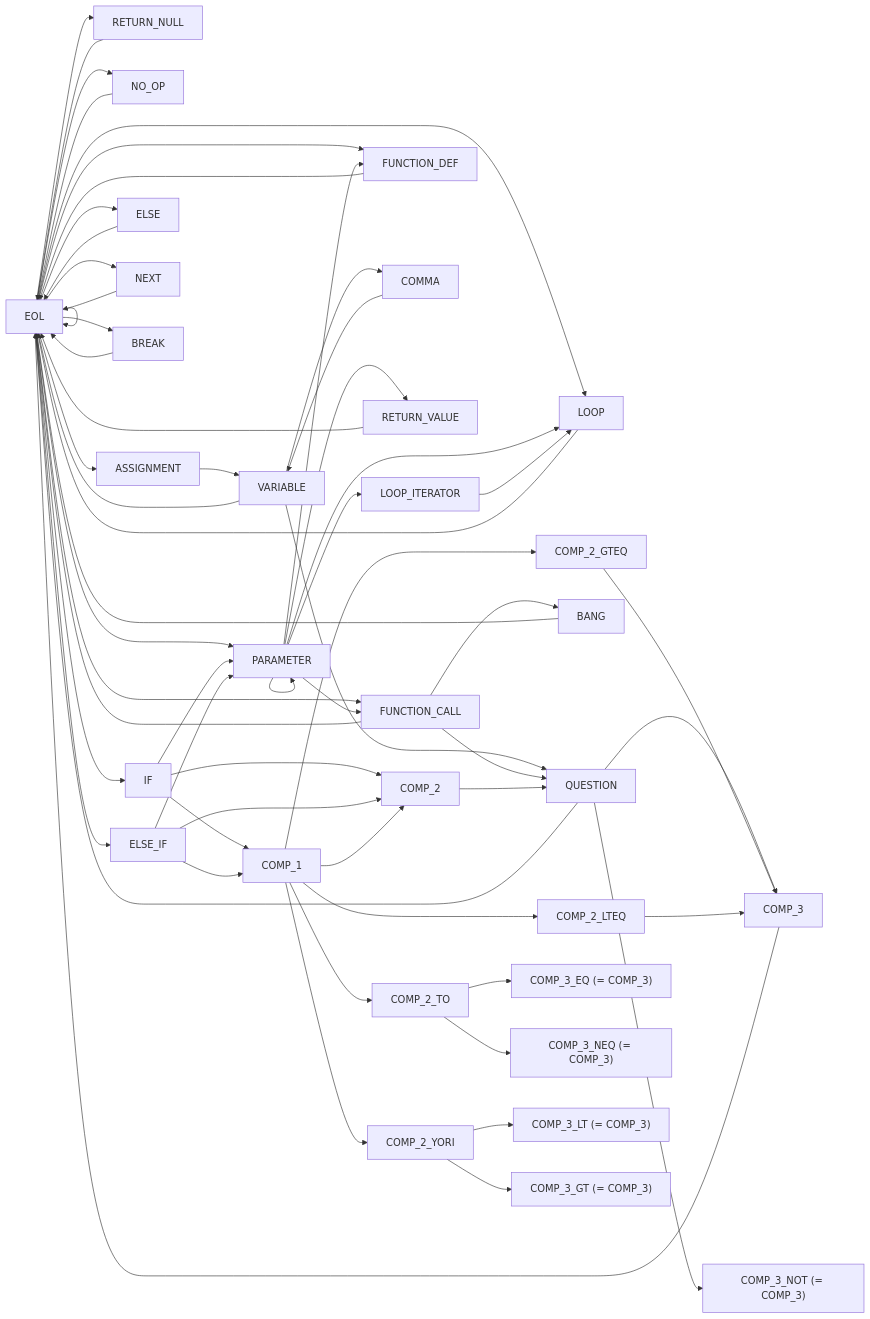
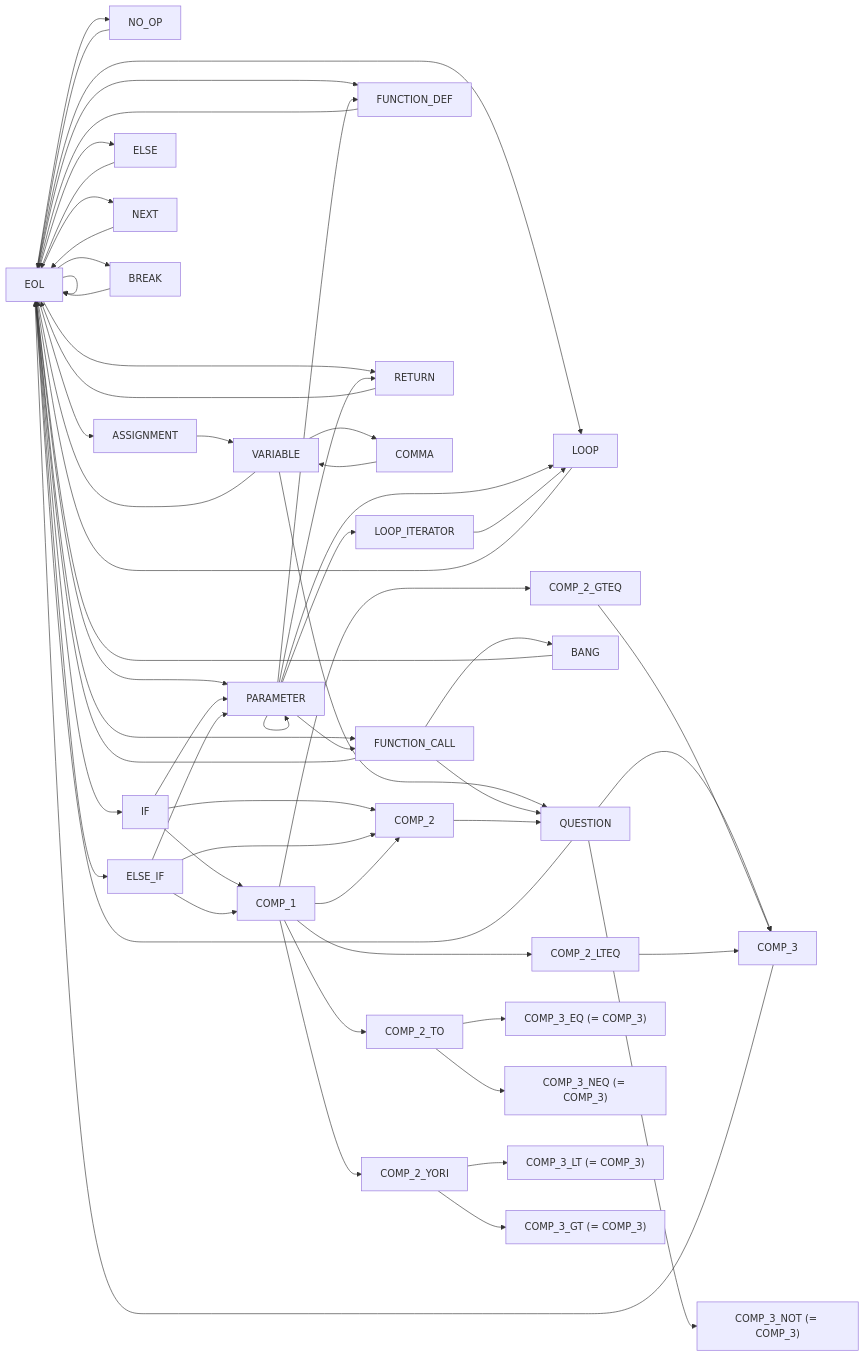
One commit to rewhowe/snapdragon changed the diagram in documentation/nfsm.md. Above: the diagram before and after it, drawn with Mermaid. The commit also changed 3 other files, not shown here.

```diff
--- a/documentation/nfsm.md
+++ b/documentation/nfsm.md
@@ -7,7 +7,7 @@
   EOL --> EOL
   EOL --> FUNCTION_CALL
   EOL --> FUNCTION_DEF
-  EOL --> RETURN_NULL
+  EOL --> RETURN
   EOL --> NO_OP
   EOL --> ASSIGNMENT
   EOL --> PARAMETER
@@ -27,7 +27,7 @@
   PARAMETER --> PARAMETER
   PARAMETER --> FUNCTION_DEF
   PARAMETER --> FUNCTION_CALL
-  PARAMETER --> RETURN_VALUE
+  PARAMETER --> RETURN
   PARAMETER --> LOOP_ITERATOR
   PARAMETER --> LOOP
 
@@ -37,9 +37,7 @@
   FUNCTION_CALL --> QUESTION
   FUNCTION_CALL --> BANG
 
-  RETURN_VALUE --> EOL
-
-  RETURN_NULL --> EOL
+  RETURN --> EOL
 
   NO_OP --> EOL
 
```
